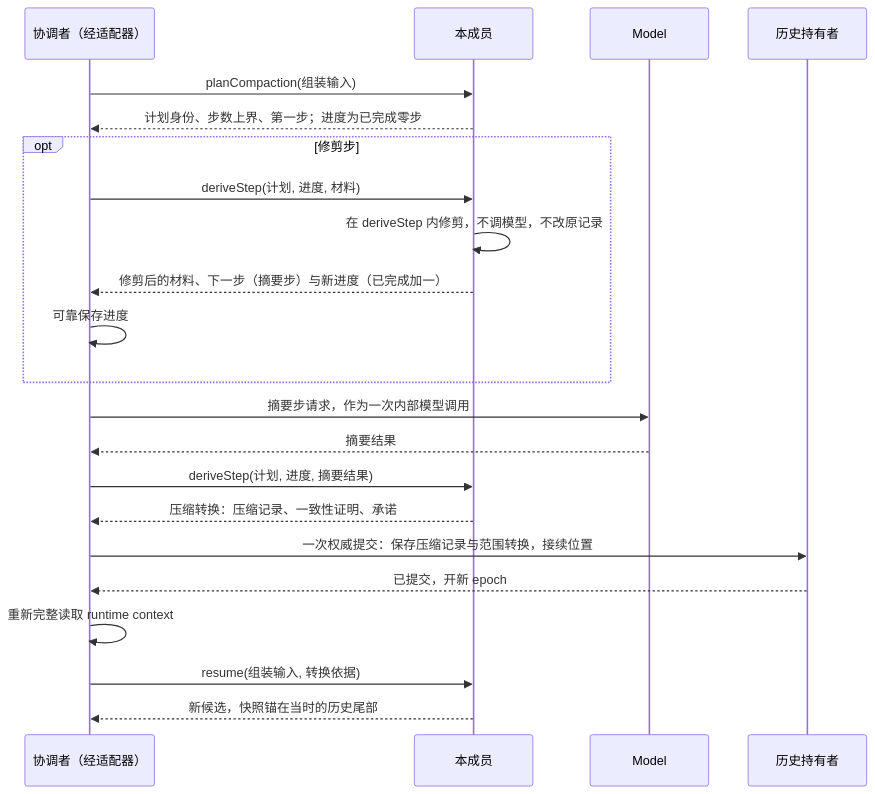
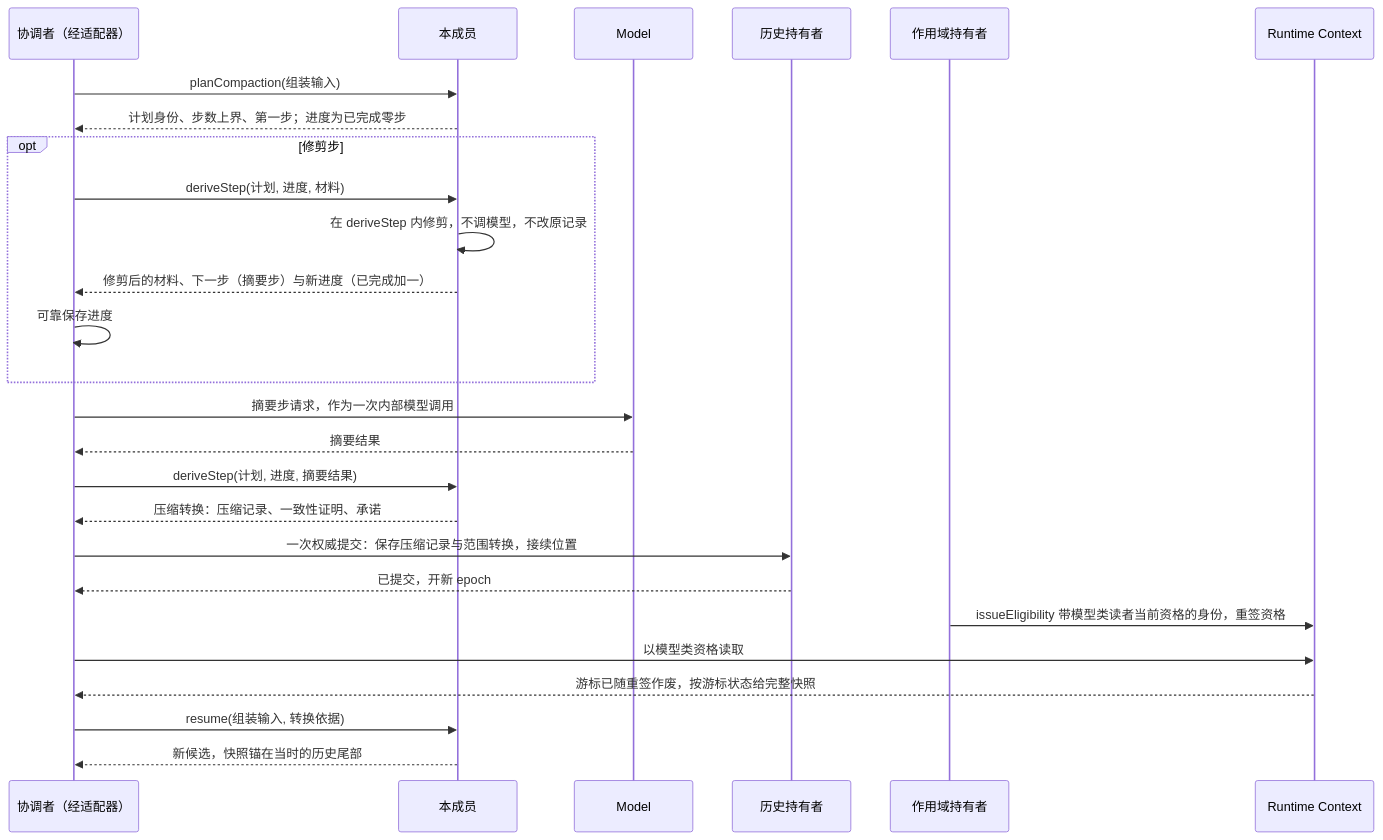
Before and after one commit to nemori-ai/omne-harness-lite: the third of 6 diagrams in packages/context/request-context-contract/docs/flows.md, drawn with Mermaid. The commit also changed other lines of this file and 34 other files, not shown here.

````diff
--- a/packages/context/request-context-contract/docs/flows.md
+++ b/packages/context/request-context-contract/docs/flows.md
@@ -88,24 +88,28 @@
 ```mermaid
 sequenceDiagram
   participant C as 协调者（经适配器）
   participant R as 本成员
   participant M as Model
   participant H as 历史持有者
+  participant S as 作用域持有者
+  participant RC as Runtime Context
   C->>R: planCompaction(组装输入)
   R-->>C: 计划身份、步数上界、第一步；进度为已完成零步
   opt 修剪步
     C->>R: deriveStep(计划, 进度, 材料)
     R->>R: 在 deriveStep 内修剪，不调模型，不改原记录
     R-->>C: 修剪后的材料、下一步（摘要步）与新进度（已完成加一）
     C->>C: 可靠保存进度
   end
   C->>M: 摘要步请求，作为一次内部模型调用
   M-->>C: 摘要结果
   C->>R: deriveStep(计划, 进度, 摘要结果)
   R-->>C: 压缩转换：压缩记录、一致性证明、承诺
   C->>H: 一次权威提交：保存压缩记录与范围转换，接续位置
   H-->>C: 已提交，开新 epoch
-  C->>C: 重新完整读取 runtime context
+  S->>RC: issueEligibility 带模型类读者当前资格的身份，重签资格
+  C->>RC: 以模型类资格读取
+  RC-->>C: 游标已随重签作废，按游标状态给完整快照
   C->>R: resume(组装输入, 转换依据)
   R-->>C: 新候选，快照锚在当时的历史尾部
 ```
````
